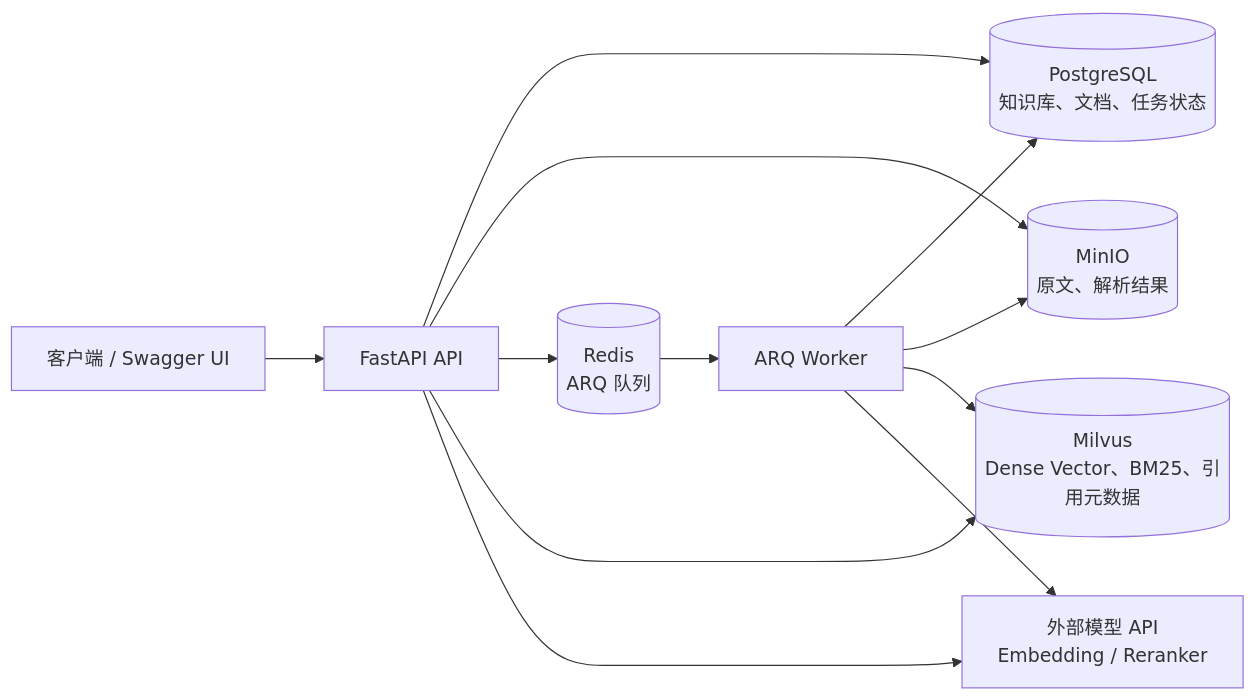
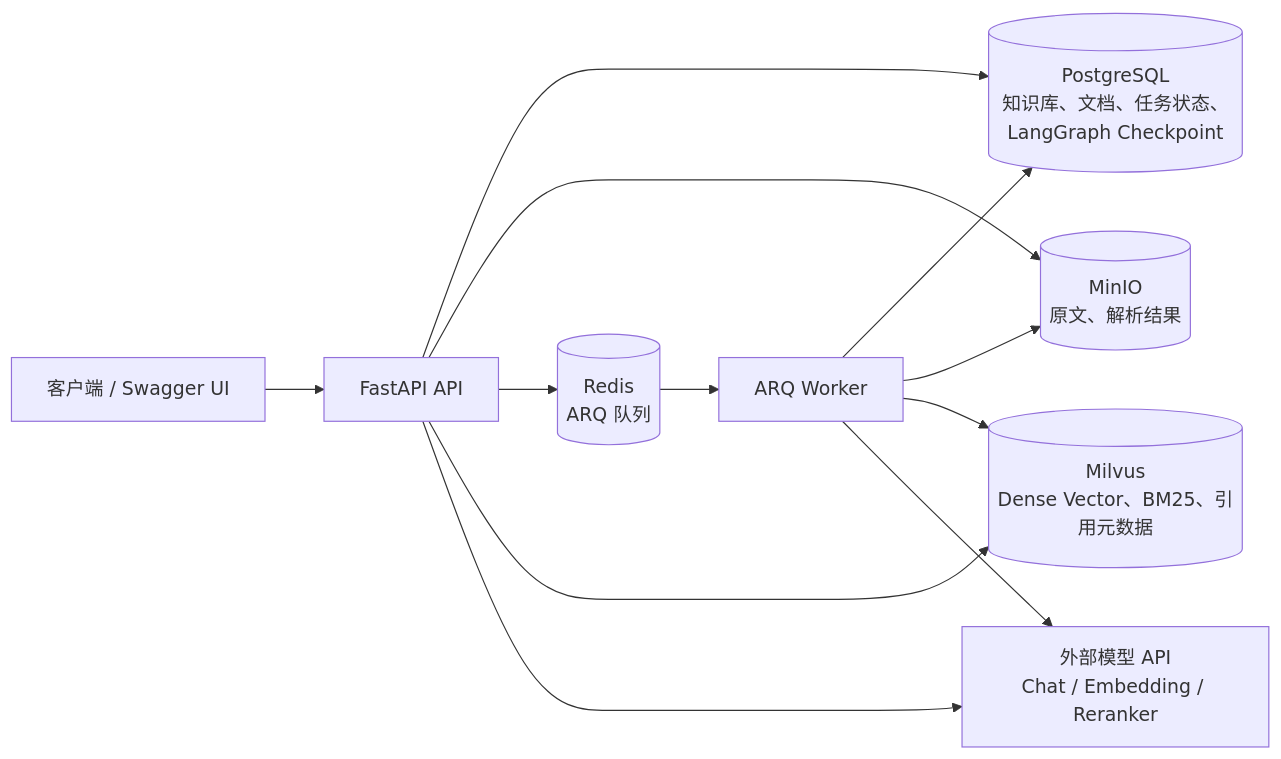
One commit to akka-sun/RAG-Agent changed the diagram in README.md. Above: the diagram before and after it, drawn with Mermaid. The commit also changed other lines of this file and 3 other files, not shown here.

````diff
--- a/README.md
+++ b/README.md
@@ -18,14 +20,14 @@
 ```mermaid
 flowchart LR
     Client["客户端 / Swagger UI"] --> API["FastAPI API"]
-    API --> PG[("PostgreSQL<br/>知识库、文档、任务状态")]
+    API --> PG[("PostgreSQL<br/>知识库、文档、任务状态、LangGraph Checkpoint")]
     API --> MinIO[("MinIO<br/>原文、解析结果")]
     API --> Redis[("Redis<br/>ARQ 队列")]
     API --> Milvus[("Milvus<br/>Dense Vector、BM25、引用元数据")]
-    API --> Models["外部模型 API<br/>Embedding / Reranker"]
+    API --> Models["外部模型 API<br/>Chat / Embedding / Reranker"]
     Redis --> Worker["ARQ Worker"]
     Worker --> PG
     Worker --> MinIO
     Worker --> Milvus
     Worker --> Models
 ```
````
